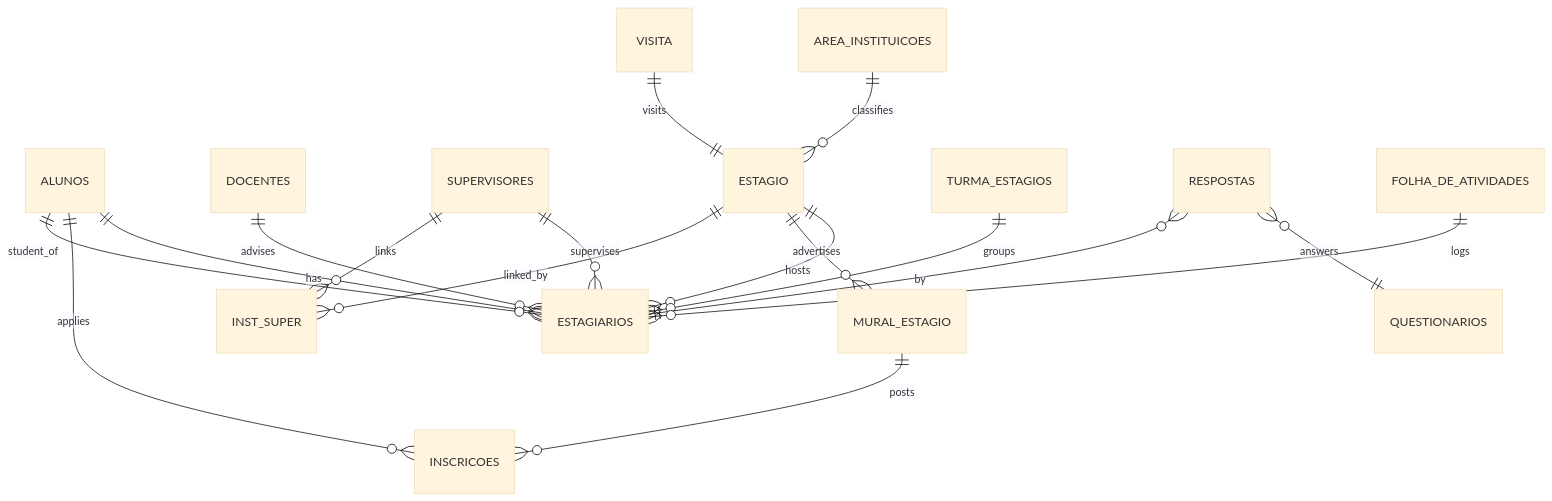
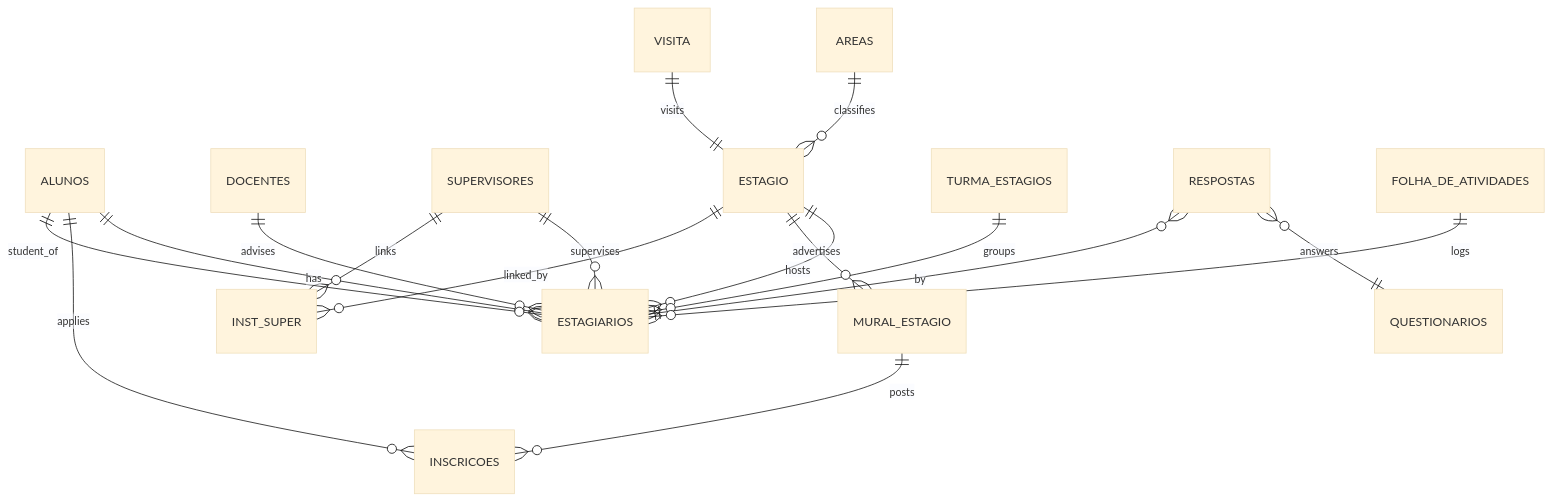
Before and after one commit to luiseduacosta/nodemural: the third of 4 diagrams in .qoder/repowiki/en/content/Data Models & Database Design/Data Models & Database Design.md, drawn with Mermaid (base theme). The commit also changed other lines of this file and 26 other files, not shown here.

Commit message:
Change table area_instituicoes to area.

````diff
--- a/.qoder/repowiki/en/content/Data Models & Database Design/Data Models & Database Design.md
+++ b/.qoder/repowiki/en/content/Data Models & Database Design/Data Models & Database Design.md
@@ -238,19 +238,19 @@
 ```mermaid
 erDiagram
 ALUNOS ||--o{ ESTAGIARIOS : "has"
 ALUNOS ||--o{ INSCRICOES : "applies"
 DOCENTES ||--o{ ESTAGIARIOS : "advises"
 SUPERVISORES ||--o{ ESTAGIARIOS : "supervises"
 ESTAGIO ||--o{ ESTAGIARIOS : "hosts"
 TURMA_ESTAGIOS ||--o{ ESTAGIARIOS : "groups"
-AREA_INSTITUICOES ||--o{ ESTAGIO : "classifies"
+AREAS ||--o{ ESTAGIO : "classifies"
 MURAL_ESTAGIO ||--o{ INSCRICOES : "posts"
 ESTAGIO ||--o{ MURAL_ESTAGIO : "advertises"
 SUPERVISORES ||--o{ INST_SUPER : "links"
 ESTAGIO ||--o{ INST_SUPER : "linked_by"
 RESPOSTAS }o--|| QUESTIONARIOS : "answers"
 RESPOSTAS }o--|| ESTAGIARIOS : "by"
 ALUNOS ||--o{ ESTAGIARIOS : "student_of"
 FOLHA_DE_ATIVIDADES ||--o{ ESTAGIARIOS : "logs"
 VISITA ||--|| ESTAGIO : "visits"
 ```
````
